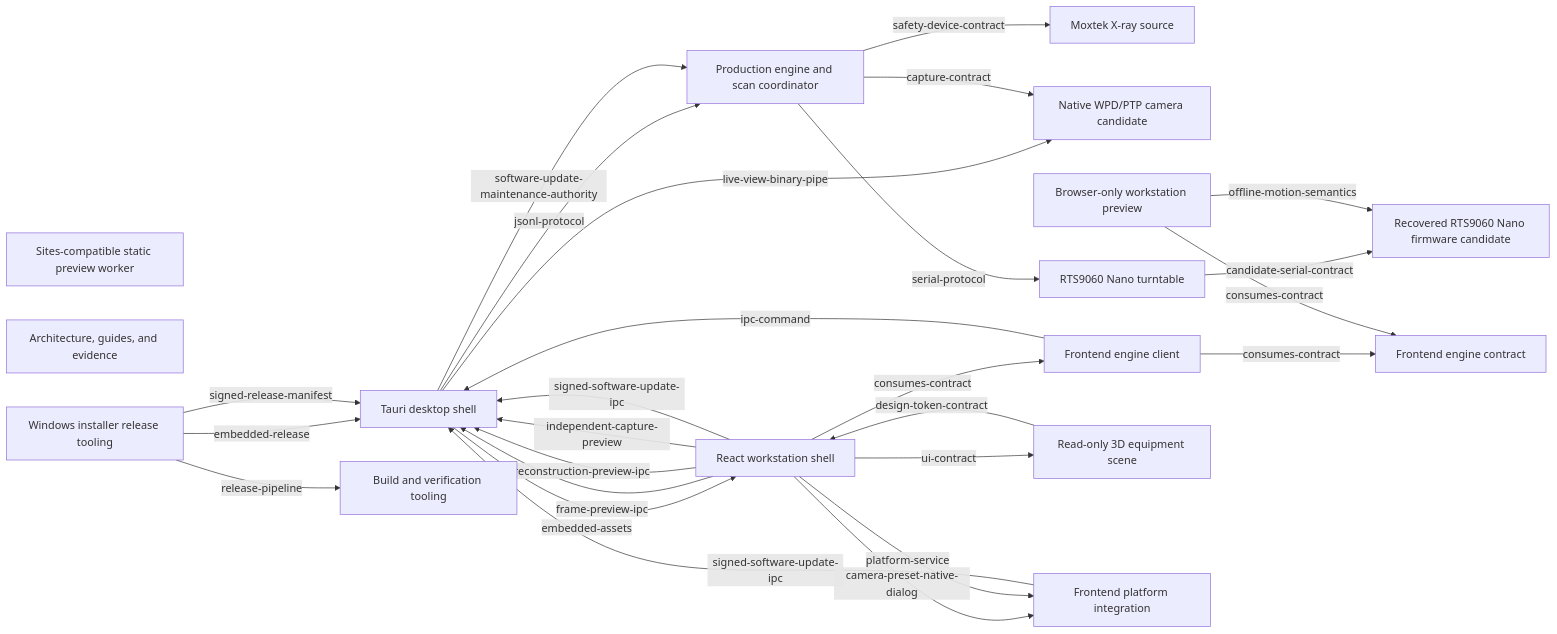
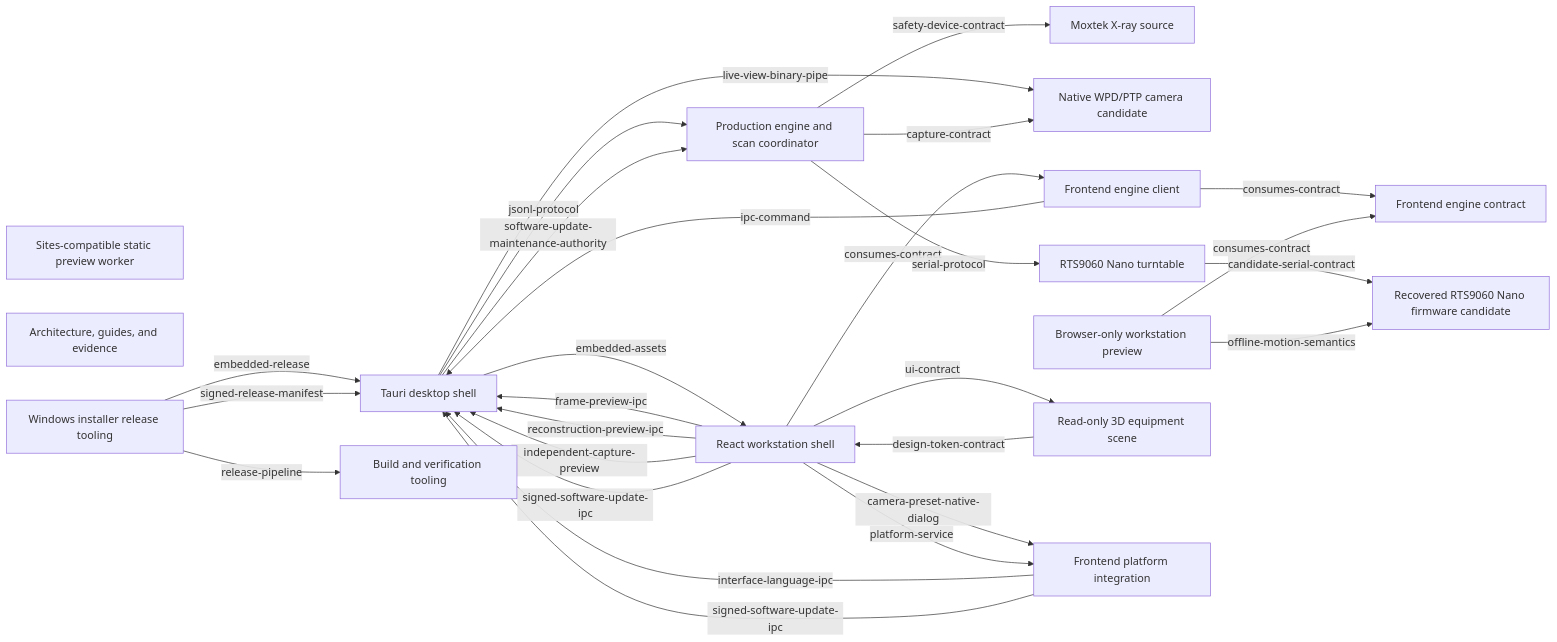
One commit to Holy1one/Micro-CT-Workstation changed the diagram in docs/architecture/module-graph.md. Above: the diagram before and after it, drawn with Mermaid. The commit also changed other lines of this file and 48 other files, not shown here.

````diff
--- a/docs/architecture/module-graph.md
+++ b/docs/architecture/module-graph.md
@@ -8,44 +8,45 @@
 ```mermaid
 flowchart LR
   engine_core["Production engine and scan coordinator"]
   device_xray["Moxtek X-ray source"]
   device_camera["Native WPD/PTP camera candidate"]
   device_turntable["RTS9060 Nano turntable"]
   turntable_firmware["Recovered RTS9060 Nano firmware candidate"]
   desktop_shell["Tauri desktop shell"]
   frontend_contract["Frontend engine contract"]
   frontend_client["Frontend engine client"]
   developer_preview["Browser-only workstation preview"]
   ui_shell["React workstation shell"]
   scene["Read-only 3D equipment scene"]
   platform["Frontend platform integration"]
   build_tooling["Build and verification tooling"]
   extensions["Sites-compatible static preview worker"]
   documentation["Architecture, guides, and evidence"]
   release_artifacts["Windows installer release tooling"]
+  platform -->|interface-language-ipc| desktop_shell
   device_turntable -->|candidate-serial-contract| turntable_firmware
   developer_preview -->|offline-motion-semantics| turntable_firmware
   release_artifacts -->|release-pipeline| build_tooling
   release_artifacts -->|embedded-release| desktop_shell
   desktop_shell -->|embedded-assets| ui_shell
   ui_shell -->|consumes-contract| frontend_client
   frontend_client -->|consumes-contract| frontend_contract
   developer_preview -->|consumes-contract| frontend_contract
   frontend_client -->|ipc-command| desktop_shell
   ui_shell -->|frame-preview-ipc| desktop_shell
   desktop_shell -->|live-view-binary-pipe| device_camera
   ui_shell -->|camera-preset-native-dialog| platform
   ui_shell -->|reconstruction-preview-ipc| desktop_shell
   desktop_shell -->|jsonl-protocol| engine_core
   engine_core -->|safety-device-contract| device_xray
   engine_core -->|capture-contract| device_camera
   engine_core -->|serial-protocol| device_turntable
   ui_shell -->|ui-contract| scene
   scene -->|design-token-contract| ui_shell
   ui_shell -->|platform-service| platform
   ui_shell -->|independent-capture-preview| desktop_shell
   desktop_shell -->|software-update-maintenance-authority| engine_core
   ui_shell -->|signed-software-update-ipc| desktop_shell
   release_artifacts -->|signed-release-manifest| desktop_shell
   platform -->|signed-software-update-ipc| desktop_shell
 ```
````
